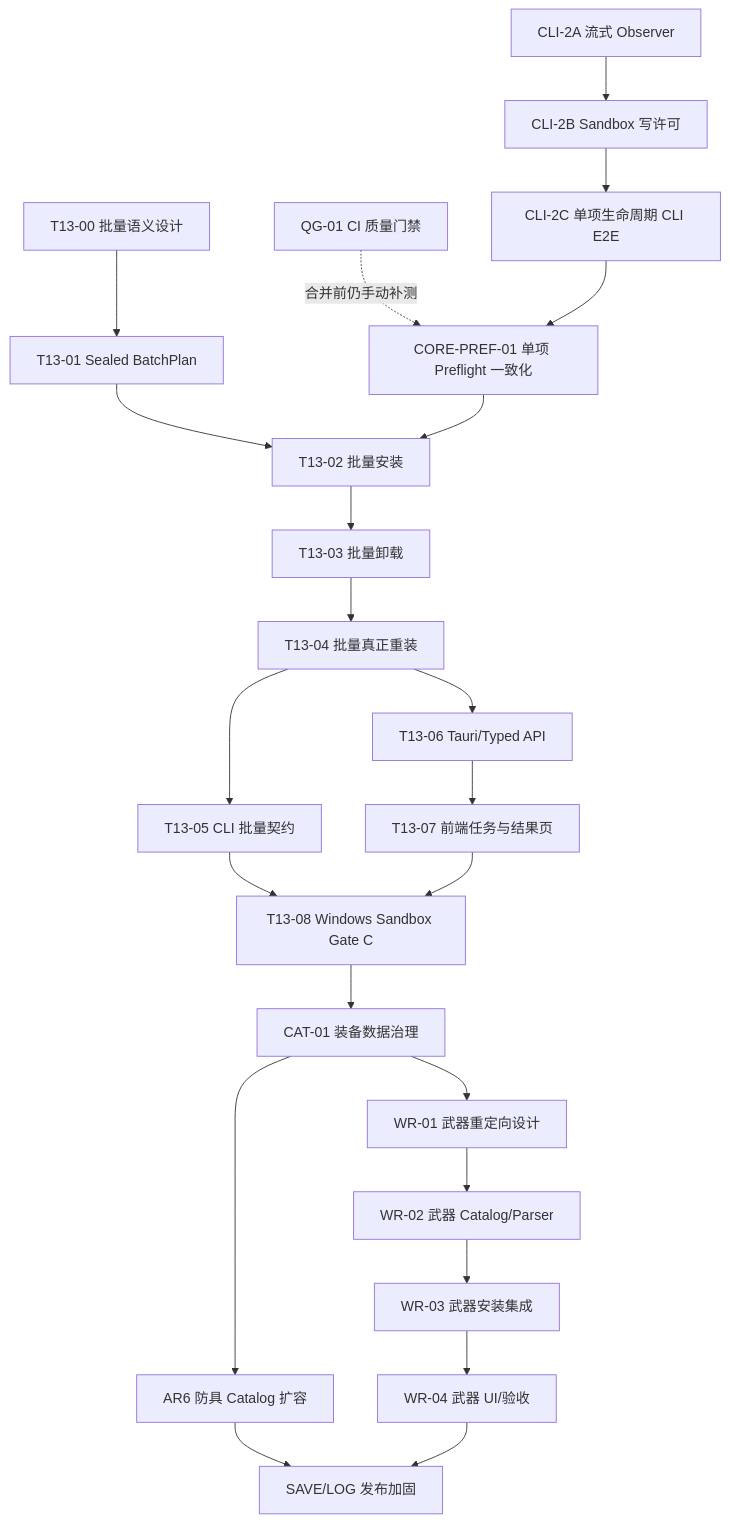
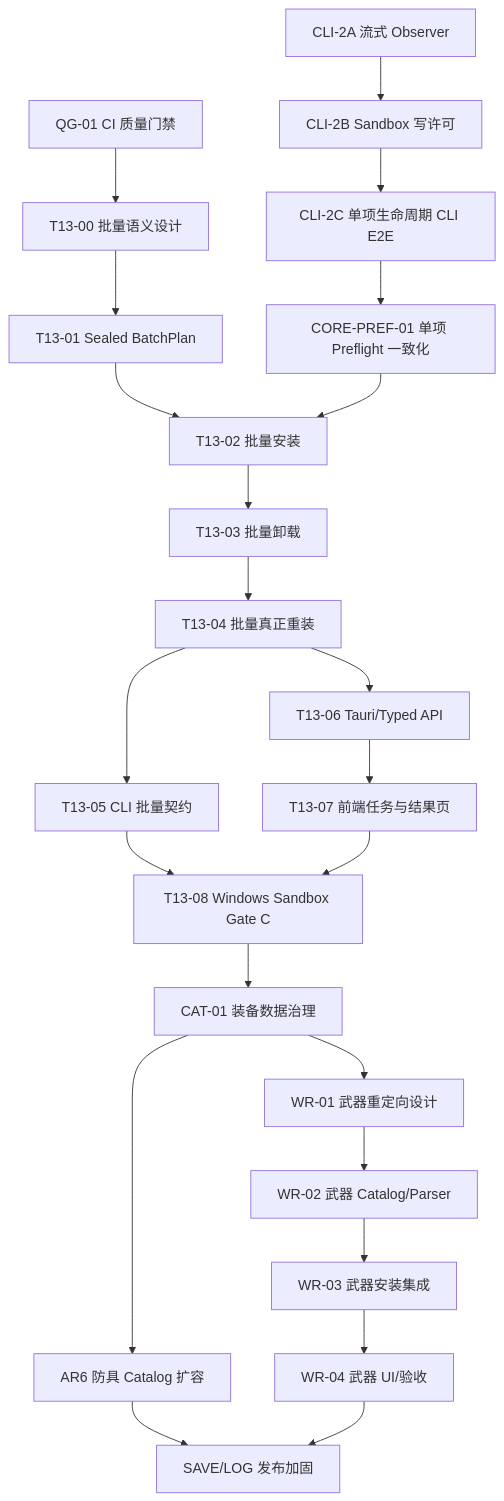
Before and after one commit to TheLostRiver/HelsincyModManager: the diagram in docs/AUTONOMOUS_ITERATION_ROADMAP.md, drawn with Mermaid. The commit also changed other lines of this file and 4 other files, not shown here.

Commit message:
docs: 刷新自主路线图状态

````diff
--- a/docs/AUTONOMOUS_ITERATION_ROADMAP.md
+++ b/docs/AUTONOMOUS_ITERATION_ROADMAP.md
@@ -93,25 +96,25 @@
 ```mermaid
 flowchart TD
-  QG["QG-01 CI 质量门禁"] -. "合并前仍手动补测" .-> CORE
-  B0["T13-00 批量语义设计"] --> B1["T13-01 Sealed BatchPlan"]
+  QG["QG-01 CI 质量门禁"] --> B0["T13-00 批量语义设计"]
+  B0 --> B1["T13-01 Sealed BatchPlan"]
   O["CLI-2A 流式 Observer"] --> S["CLI-2B Sandbox 写许可"]
   S --> C["CLI-2C 单项生命周期 CLI E2E"]
   C --> CORE["CORE-PREF-01 单项 Preflight 一致化"]
   B1 --> BI["T13-02 批量安装"]
   CORE --> BI
   BI --> BU["T13-03 批量卸载"]
   BU --> BR["T13-04 批量真正重装"]
   BR --> BC["T13-05 CLI 批量契约"]
   BR --> BT["T13-06 Tauri/Typed API"]
   BT --> BF["T13-07 前端任务与结果页"]
   BC --> BG["T13-08 Windows Sandbox Gate C"]
   BF --> BG
   BG --> CAT["CAT-01 装备数据治理"]
   CAT --> AR["AR6 防具 Catalog 扩容"]
   CAT --> WD["WR-01 武器重定向设计"]
   WD --> WC["WR-02 武器 Catalog/Parser"]
   WC --> WI["WR-03 武器安装集成"]
   WI --> WU["WR-04 武器 UI/验收"]
   AR --> SAVE["SAVE/LOG 发布加固"]
   WU --> SAVE
 ```
````
